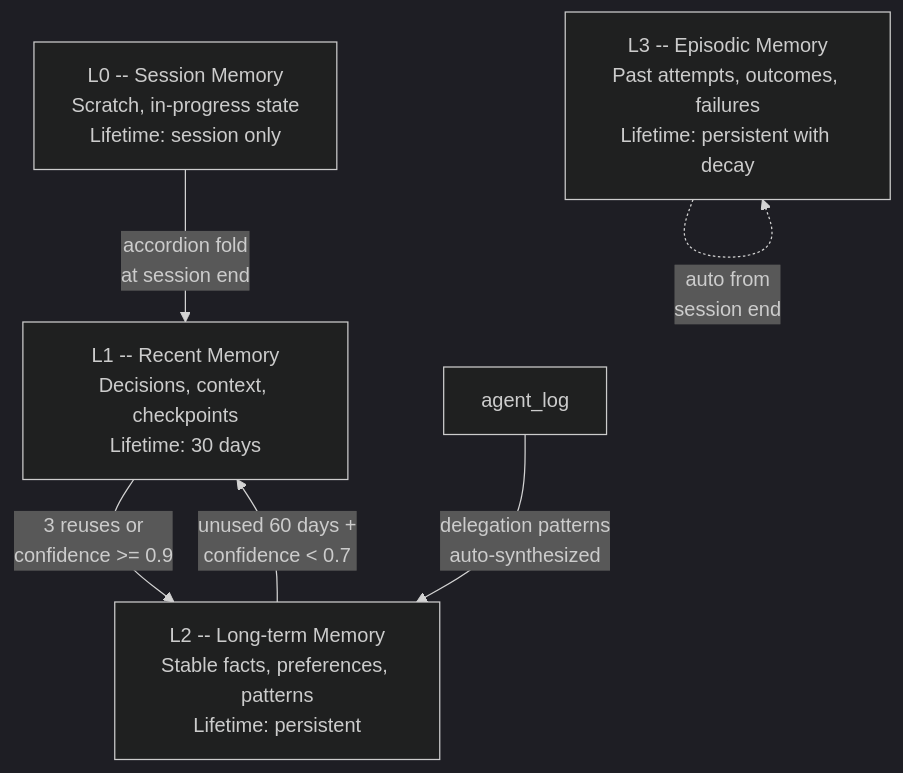
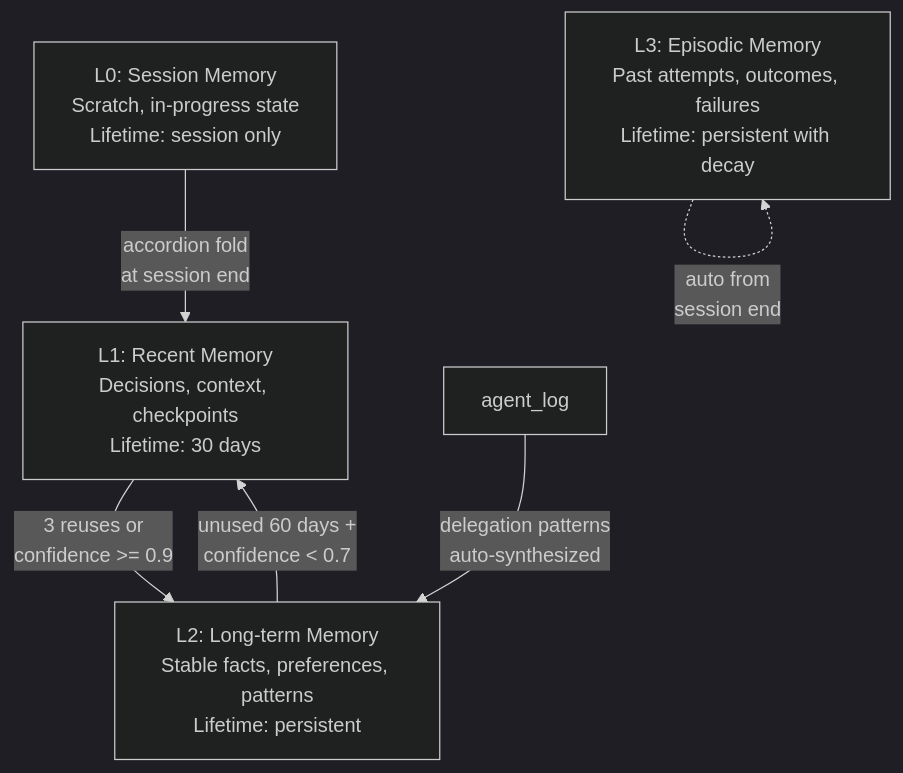
One commit to AsobaCloud/nehanda-cli changed the third of 9 diagrams in src/README.md. Above: the diagram before and after it, drawn with Mermaid (dark theme). The commit also changed other lines of this file and 18 other files, not shown here.

````diff
--- a/src/README.md
+++ b/src/README.md
@@ -187,14 +187,14 @@
 ```mermaid
 graph TD
-    L0[L0 -- Session Memory<br/>Scratch, in-progress state<br/>Lifetime: session only]
-    L1[L1 -- Recent Memory<br/>Decisions, context, checkpoints<br/>Lifetime: 30 days]
-    L2[L2 -- Long-term Memory<br/>Stable facts, preferences, patterns<br/>Lifetime: persistent]
-    L3[L3 -- Episodic Memory<br/>Past attempts, outcomes, failures<br/>Lifetime: persistent with decay]
+    L0[L0: Session Memory<br/>Scratch, in-progress state<br/>Lifetime: session only]
+    L1[L1: Recent Memory<br/>Decisions, context, checkpoints<br/>Lifetime: 30 days]
+    L2[L2: Long-term Memory<br/>Stable facts, preferences, patterns<br/>Lifetime: persistent]
+    L3[L3: Episodic Memory<br/>Past attempts, outcomes, failures<br/>Lifetime: persistent with decay]
 
     L0 -->|accordion fold<br/>at session end| L1
     L1 -->|3 reuses or<br/>confidence >= 0.9| L2
     L2 -->|unused 60 days +<br/>confidence < 0.7| L1
     L3 -.->|auto from<br/>session end| L3
 
     AL[agent_log] -->|delegation patterns<br/>auto-synthesized| L2
 ```
````
